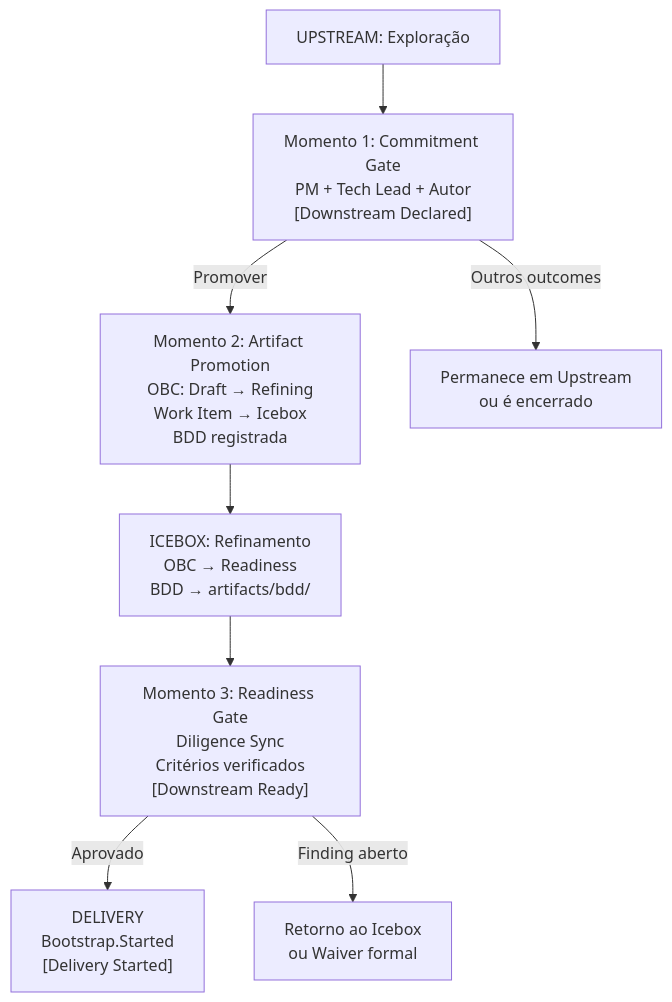
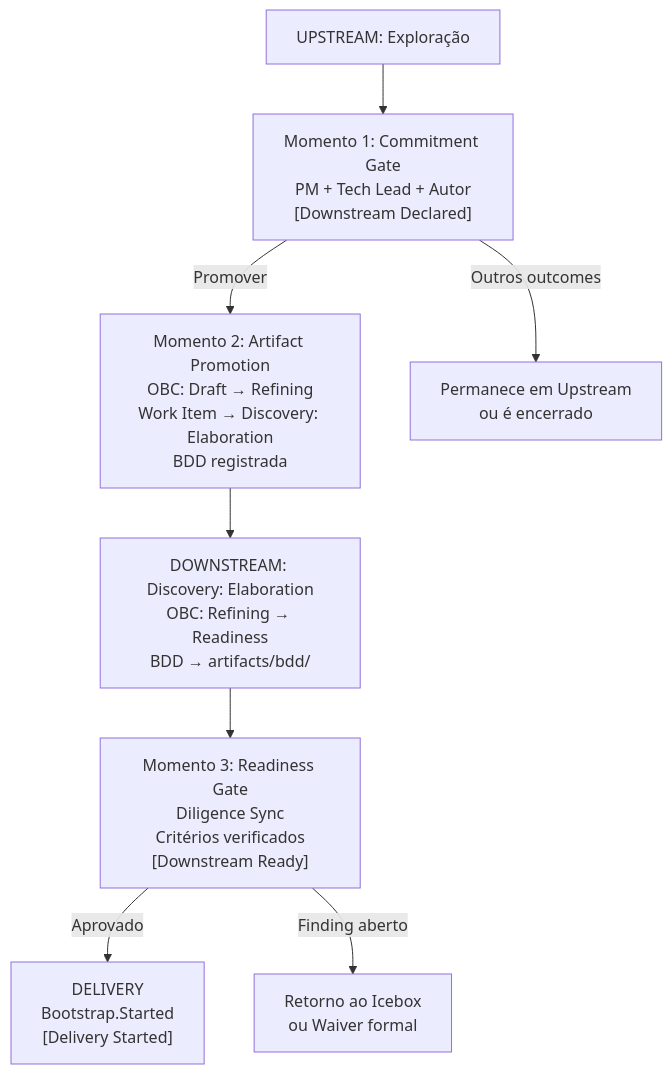
The first of 2 diagrams in capitulo-06.md (produtoreativo/from-intent-to-outcome), drawn with Mermaid before and after one commit. The commit also changed other lines of this file and 6 other files, not shown here.

First line of the commit message:
refactor: introduz VIEW hierarchy do PIB (Icebox, Upstream, Downstream)

````diff
--- a/capitulo-06.md
+++ b/capitulo-06.md
@@ -21,15 +21,15 @@
 ```mermaid
 graph TD
     UP["UPSTREAM: Exploração"] --> M1
 
     M1["Momento 1: Commitment Gate\nPM + Tech Lead + Autor\n[Downstream Declared]"]
     M1 -->|"Promover"| M2
     M1 -->|"Outros outcomes"| UP2["Permanece em Upstream\nou é encerrado"]
 
-    M2["Momento 2: Artifact Promotion\nOBC: Draft → Refining\nWork Item → Icebox\nBDD registrada"]
-    M2 --> ICE["ICEBOX: Refinamento\nOBC → Readiness\nBDD → artifacts/bdd/"]
+    M2["Momento 2: Artifact Promotion\nOBC: Draft → Refining\nWork Item → Discovery: Elaboration\nBDD registrada"]
+    M2 --> ICE["DOWNSTREAM: Discovery: Elaboration\nOBC: Refining → Readiness\nBDD → artifacts/bdd/"]
 
     ICE --> M3["Momento 3: Readiness Gate\nDiligence Sync\nCritérios verificados\n[Downstream Ready]"]
     M3 -->|"Aprovado"| DEL["DELIVERY\nBootstrap.Started\n[Delivery Started]"]
     M3 -->|"Finding aberto"| BLOCK["Retorno ao Icebox\nou Waiver formal"]
 ```
````
